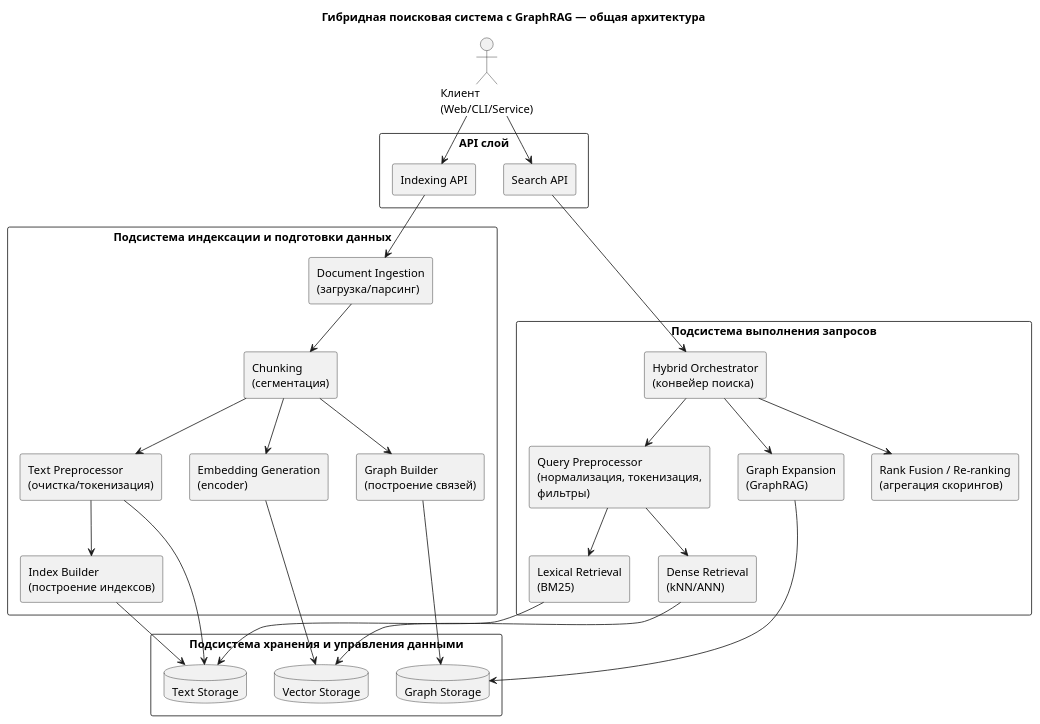
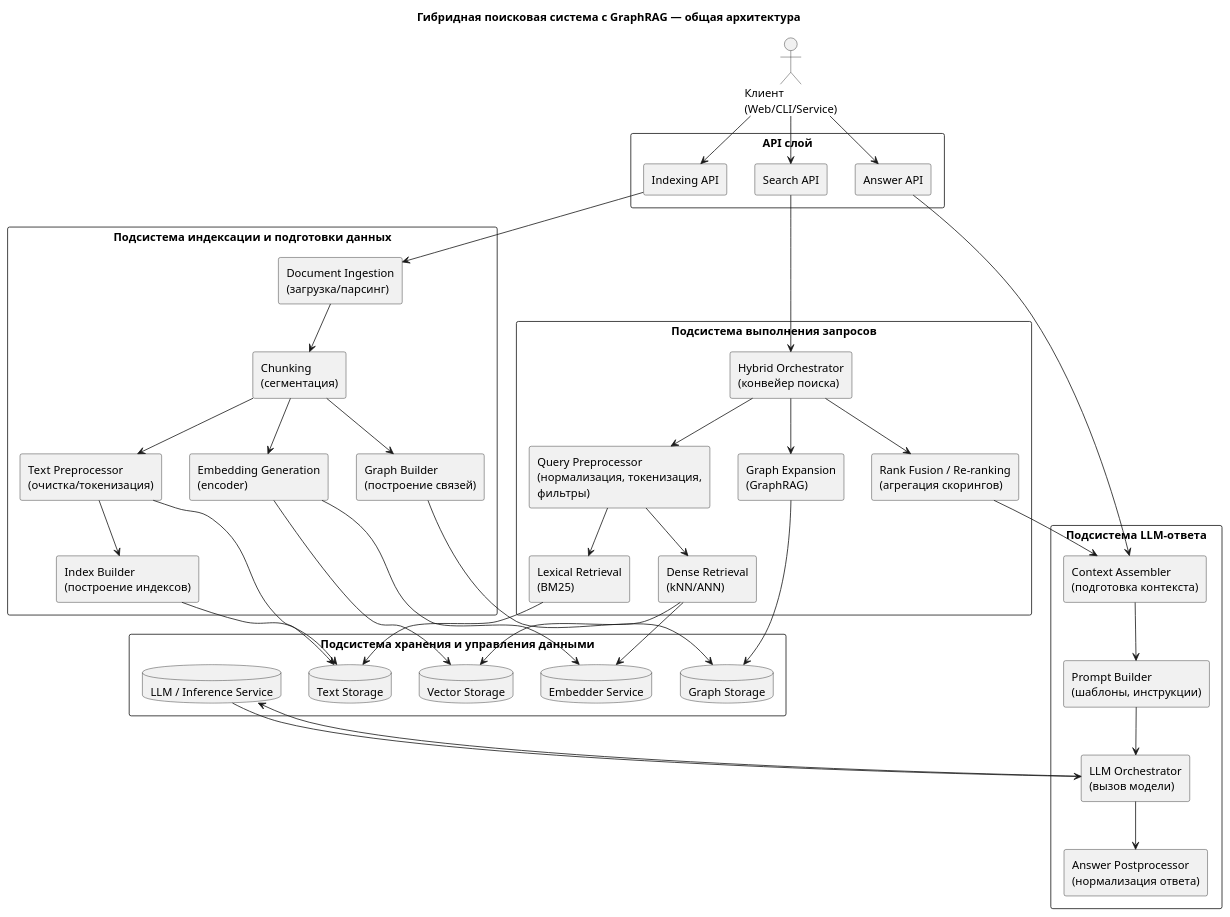
Before and after one commit to ilya-anashkin/graphrag-search: the diagram in docs/diagrams/theory/high-level-arch.puml, drawn with PlantUML. The commit also changed 22 other files, not shown here.

```diff
--- a/docs/diagrams/theory/high-level-arch.puml
+++ b/docs/diagrams/theory/high-level-arch.puml
@@ -1,79 +1,101 @@
 @startuml
 ' Hybrid Search System with GraphRAG — High-level Architecture
 ' Use with PlantUML (https://plantuml.com)
 
 skinparam shadowing false
 skinparam componentStyle rectangle
 skinparam wrapWidth 220
 skinparam maxMessageSize 200
 
 title Гибридная поисковая система с GraphRAG — общая архитектура
 
 actor "Клиент\n(Web/CLI/Service)" as client
 
 rectangle "API слой" as api {
   [Search API] as search_api
   [Indexing API] as indexing_api
+  [Answer API] as answer_api
 }
 
 rectangle "Подсистема выполнения запросов" as query_subsystem {
   [Hybrid Orchestrator\n(конвейер поиска)] as orch
   [Query Preprocessor\n(нормализация, токенизация, фильтры)] as qprep
 
   [Lexical Retrieval\n(BM25)] as bm25
   [Dense Retrieval\n(kNN/ANN)] as dense
   [Graph Expansion\n(GraphRAG)] as graph
   [Rank Fusion / Re-ranking\n(агрегация скорингов)] as fusion
+}
+
+rectangle "Подсистема LLM-ответа" as llm_subsystem {
+  [Context Assembler\n(подготовка контекста)] as ctx_asm
+  [Prompt Builder\n(шаблоны, инструкции)] as prompt_builder
+  [LLM Orchestrator\n(вызов модели)] as llm_orch
+  [Answer Postprocessor\n(нормализация ответа)] as answer_post
 }
 
 rectangle "Подсистема индексации и подготовки данных" as ingest_subsystem {
   [Document Ingestion\n(загрузка/парсинг)] as ingest
   [Chunking\n(сегментация)] as chunk
   [Text Preprocessor\n(очистка/токенизация)] as tproc
   [Embedding Generation\n(encoder)] as embed
   [Graph Builder\n(построение связей)] as gbuild
   [Index Builder\n(построение индексов)] as ibuild
 }
 
 rectangle "Подсистема хранения и управления данными" as storage_subsystem {
   database "Text Storage" as text_storage
   database "Vector Storage" as vec_storage
   database "Graph Storage" as graph_storage
+  database "Embedder Service" as embedder_service
+  database "LLM / Inference Service" as llm_service
 }
 
 ' ===== Client interactions =====
 client --> search_api
 client --> indexing_api
+client --> answer_api
 
 search_api --> orch
+answer_api --> ctx_asm
 orch --> qprep
 
 ' ===== Query pipeline =====
 qprep --> bm25
 qprep --> dense
 bm25 --> text_storage
+dense --> embedder_service
 dense --> vec_storage
 
 ' Merge candidates and expand via graph
 orch --> graph
 graph --> graph_storage
 
 ' Final scoring + ranking
 orch --> fusion
+fusion --> ctx_asm
+
+' ===== LLM answer pipeline =====
+ctx_asm --> prompt_builder
+prompt_builder --> llm_orch
+llm_orch --> llm_service
+llm_service --> llm_orch
+llm_orch --> answer_post
 
 ' ===== Indexing pipeline =====
 indexing_api --> ingest
 ingest --> chunk
 chunk --> tproc
 tproc --> text_storage
 
 chunk --> embed
+embed --> embedder_service
 embed --> vec_storage
 
 tproc --> ibuild
 ibuild --> text_storage
 
 chunk --> gbuild
 gbuild --> graph_storage
 
 @enduml
```
